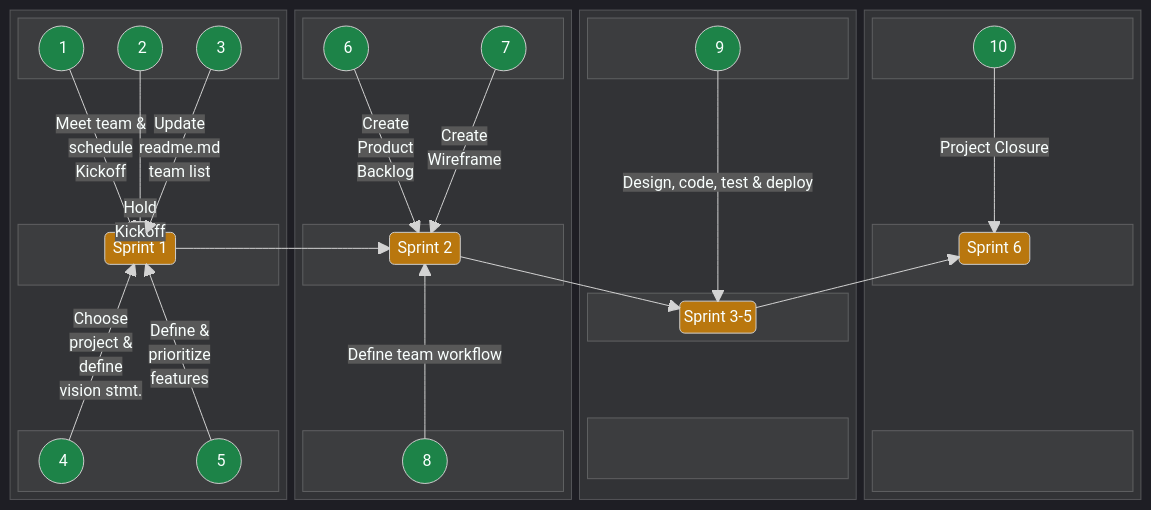
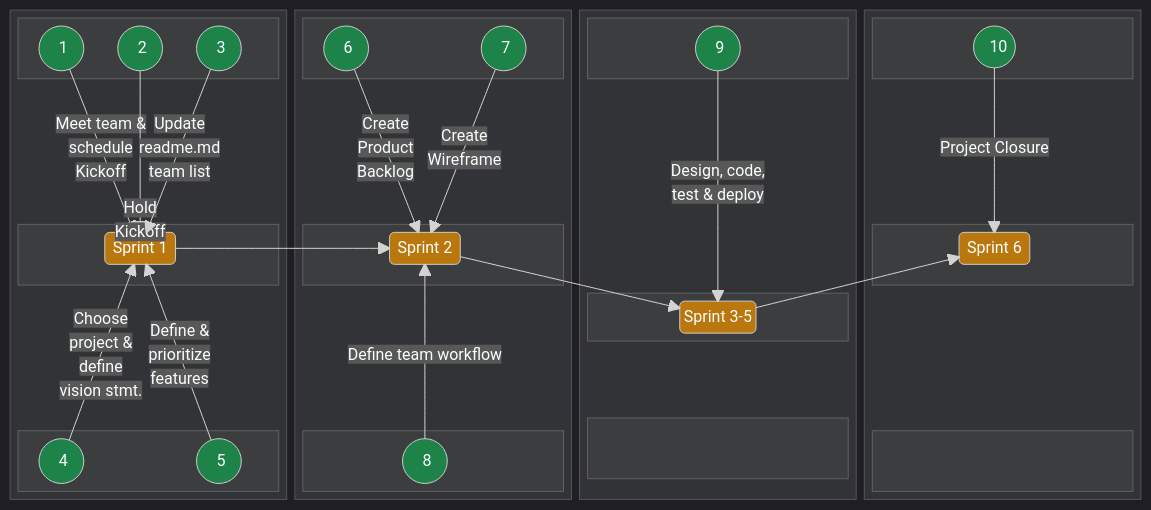
One commit to jdmedlock/mermaid_testing changed the second of 2 diagrams in README.md. Above: the diagram before and after it, drawn with Mermaid.

Commit message:
Feature: Experiment with horizontal block diagram layout

```diff
--- a/README.md
+++ b/README.md
@@ -183,7 +183,7 @@
         space
         space
       end
-      A9 -- "Design, code, test & deploy" --> SPRINTS35
+      A9 -- "Design, code,</br>test & deploy" --> SPRINTS35
     end
 
     block:B4:1
```
